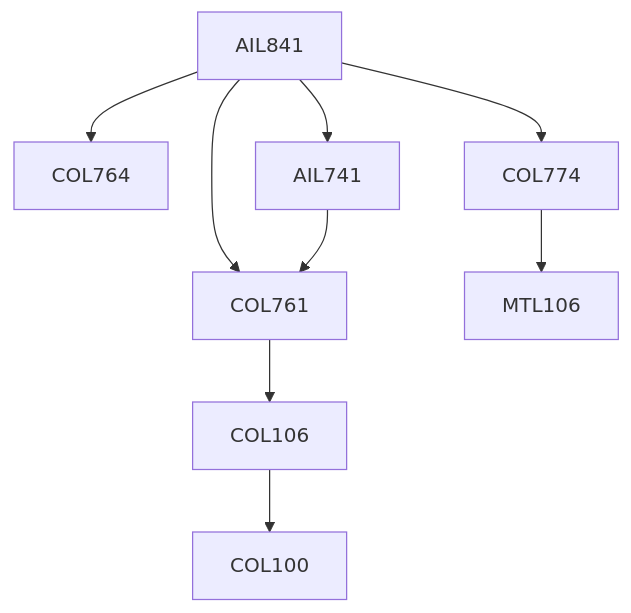
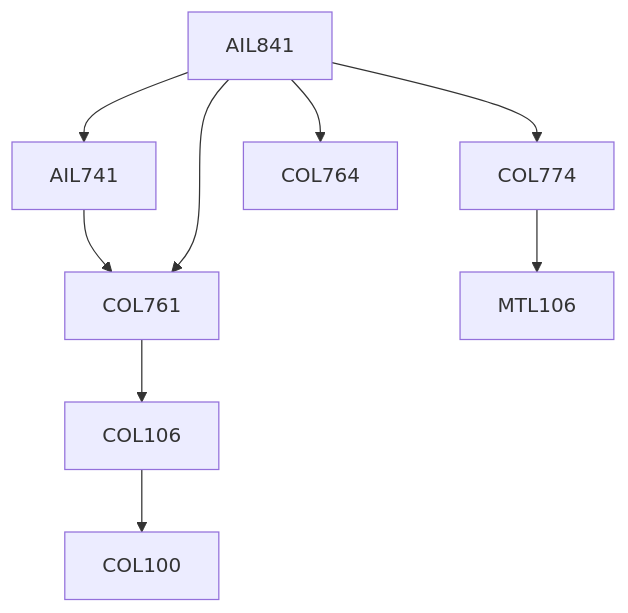
One commit to KeshavBansal0122/CoS_Website changed the diagram in content/School of Artificial Intelligence/AIL841.md. Above: the diagram before and after it, drawn with Mermaid. The commit also changed other lines of this file and 2662 other files, not shown here.

````diff
--- a/content/School of Artificial Intelligence/AIL841.md
+++ b/content/School of Artificial Intelligence/AIL841.md
@@ -13,15 +13,15 @@
 ```mermaid
 flowchart TD
 AIL841-13[AIL841]
+AIL741-13 --> COL761-13[COL761]
+AIL841-13 --> COL761-13[COL761]
+COL106-13 --> COL100-13[COL100]
+COL774-13 --> MTL106-13[MTL106]
+AIL841-13 --> COL774-13[COL774]
+AIL841-13 --> AIL741-13[AIL741]
 AIL841-13 --> COL764-13[COL764]
 COL761-13 --> COL106-13[COL106]
-AIL841-13 --> AIL741-13[AIL741]
-AIL841-13 --> COL761-13[COL761]
-COL106-13 --> COL100-13[COL100]
-AIL741-13 --> COL761-13[COL761]
-COL774-13 --> MTL106-13[MTL106]
-AIL841-13 --> COL774-13[COL774]
 
 classDef empty height:17px, fill:transparent, stroke:transparent;
 classDef trueEmpty height:0px, width:0px;
 ```
````
